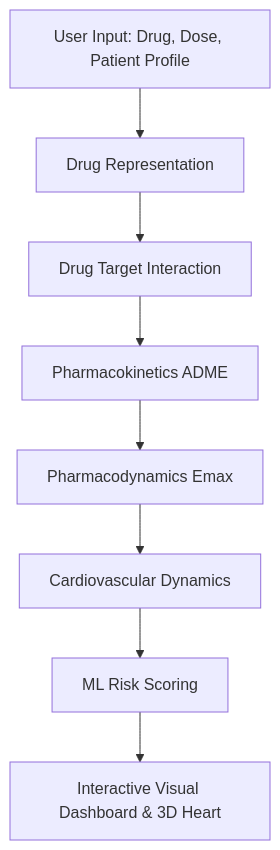
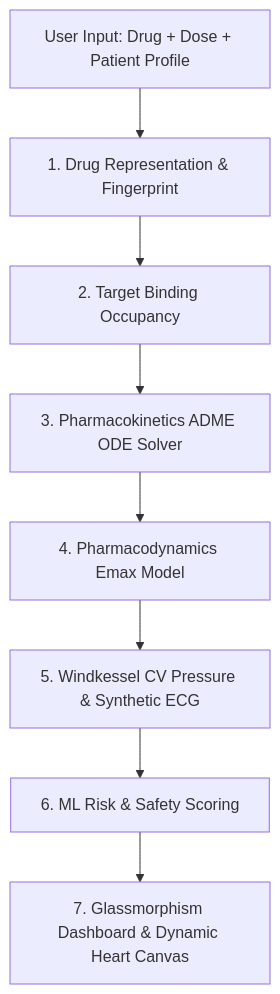
Before and after one commit to MSRAM-NEC/Digital-Twin: the diagram in README.md, drawn with Mermaid. The commit also changed other lines of this file, not shown here.

````diff
--- a/README.md
+++ b/README.md
@@ -44,10 +27,10 @@
 ```mermaid
 flowchart TD
-    A[User Input: Drug, Dose, Patient Profile] --> B[Drug Representation]
-    B --> C[Drug Target Interaction]
-    C --> D[Pharmacokinetics ADME]
-    D --> E[Pharmacodynamics Emax]
-    E --> F[Cardiovascular Dynamics]
-    F --> G[ML Risk Scoring]
-    G --> H[Interactive Visual Dashboard & 3D Heart]
+    User[User Input: Drug + Dose + Patient Profile] --> L1[1. Drug Representation & Fingerprint]
+    L1 --> L2[2. Target Binding Occupancy]
+    L2 --> L3[3. Pharmacokinetics ADME ODE Solver]
+    L3 --> L4[4. Pharmacodynamics Emax Model]
+    L4 --> L5[5. Windkessel CV Pressure & Synthetic ECG]
+    L5 --> L6[6. ML Risk & Safety Scoring]
+    L6 --> UI[7. Glassmorphism Dashboard & Dynamic Heart Canvas]
 ```
````
